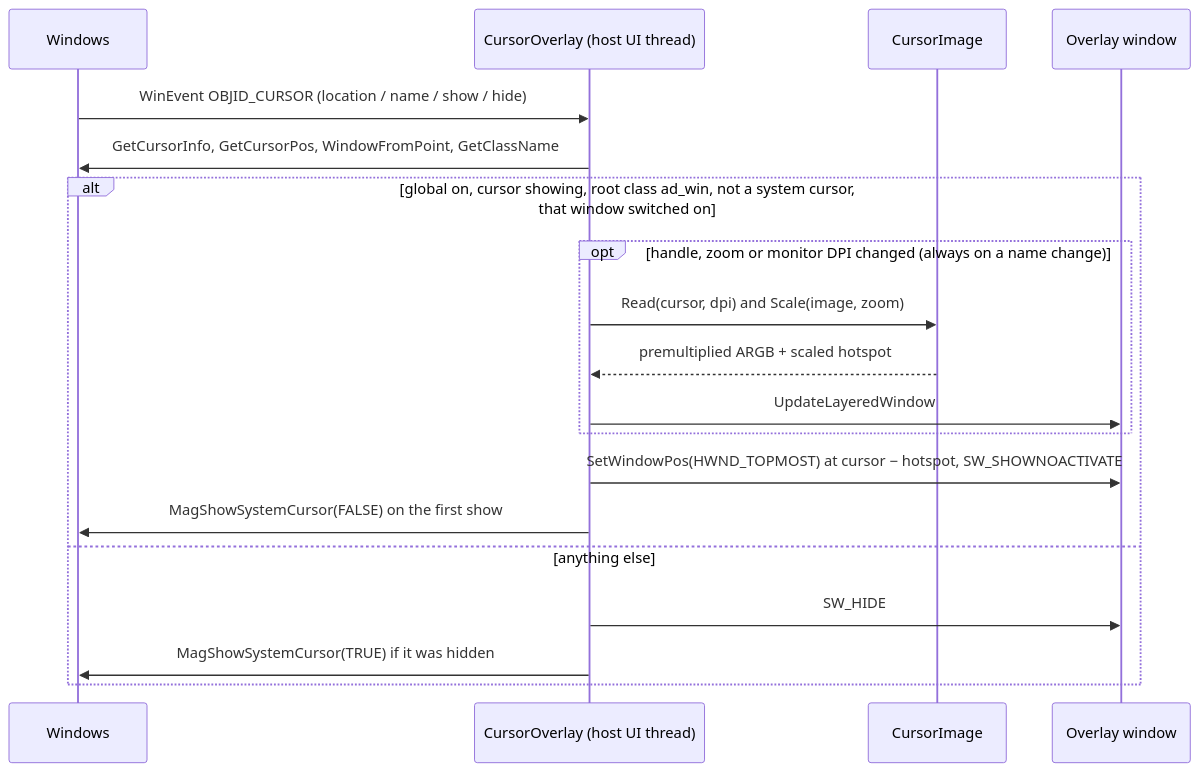
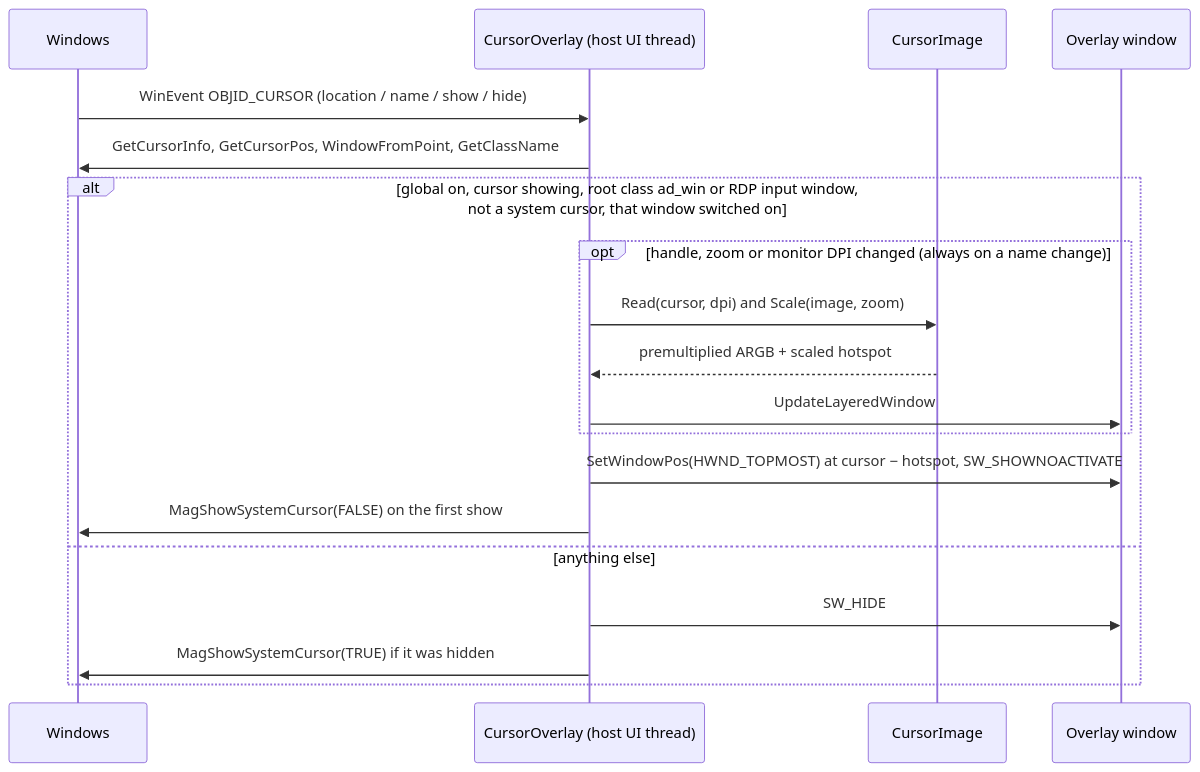
One commit to motwok/DeGhoster changed the second of 2 diagrams in docs/Architecture.md. Above: the diagram before and after it, drawn with Mermaid. The commit also changed other lines of this file and 62 other files, not shown here.

First line of the commit message:
feat: enlarge the RDP remote cursor, Windows-style tray menu (#21)

````diff
--- a/docs/Architecture.md
+++ b/docs/Architecture.md
@@ -209,21 +224,21 @@
 ```mermaid
 sequenceDiagram
     participant W as Windows
     participant O as CursorOverlay (host UI thread)
     participant I as CursorImage
     participant V as Overlay window
     W->>O: WinEvent OBJID_CURSOR (location / name / show / hide)
     O->>W: GetCursorInfo, GetCursorPos, WindowFromPoint, GetClassName
-    alt global on, cursor showing, root class ad_win, not a system cursor, that window switched on
+    alt global on, cursor showing, root class ad_win or RDP input window, not a system cursor, that window switched on
         opt handle, zoom or monitor DPI changed (always on a name change)
             O->>I: Read(cursor, dpi) and Scale(image, zoom)
             I-->>O: premultiplied ARGB + scaled hotspot
             O->>V: UpdateLayeredWindow
         end
         O->>V: SetWindowPos(HWND_TOPMOST) at cursor − hotspot, SW_SHOWNOACTIVATE
         O->>W: MagShowSystemCursor(FALSE) on the first show
     else anything else
         O->>V: SW_HIDE
         O->>W: MagShowSystemCursor(TRUE) if it was hidden
     end
 ```
````
